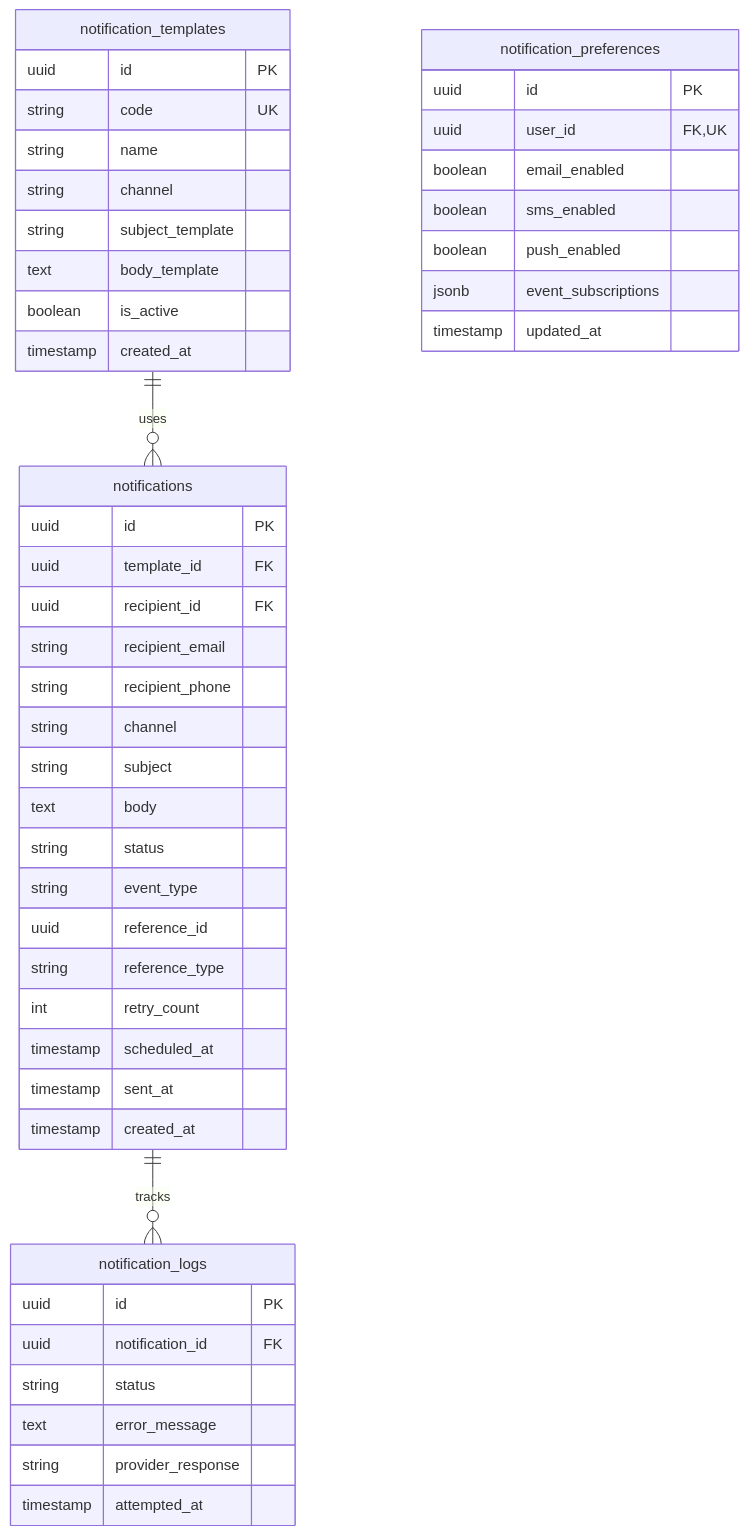
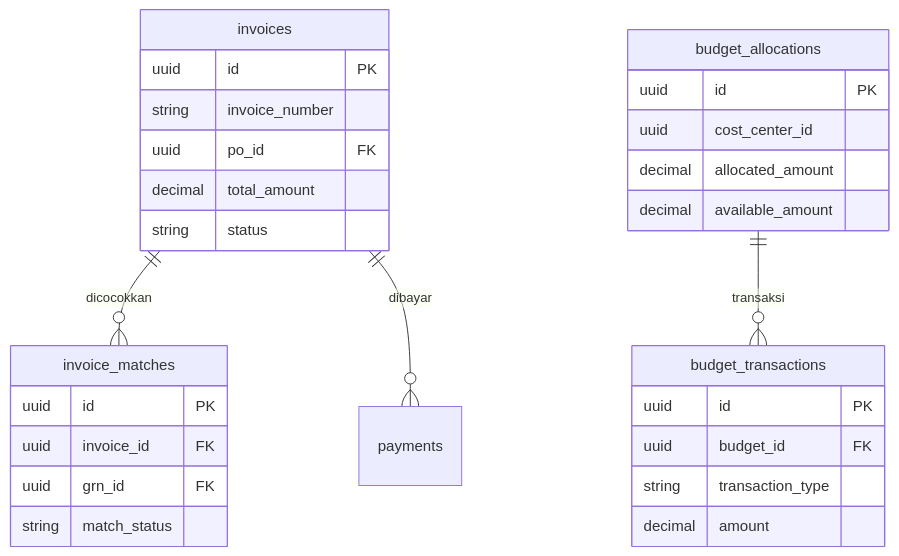
One commit to Vencore-erp/documentation changed the fifth of 5 diagrams in system_design/DATABASE_SCHEMA.md. Above: the diagram before and after it, drawn with Mermaid. The commit also changed other lines of this file, not shown here.

Commit message:
Update DATABASE_SCHEMA.md with detailed Indonesian explanations

````diff
--- a/system_design/DATABASE_SCHEMA.md
+++ b/system_design/DATABASE_SCHEMA.md
@@ -724,54 +290,32 @@
 ```mermaid
 erDiagram
-    notification_templates ||--o{ notifications : uses
-    notifications ||--o{ notification_logs : tracks
+    invoices ||--o{ invoice_matches : dicocokkan
+    invoices ||--o{ payments : dibayar
+    budget_allocations ||--o{ budget_transactions : transaksi
 
-    notification_templates {
+    invoices {
         uuid id PK
-        string code UK
-        string name
-        string channel
-        string subject_template
-        text body_template
-        boolean is_active
-        timestamp created_at
+        string invoice_number
+        uuid po_id FK
+        decimal total_amount
+        string status
     }
-
-    notifications {
+    invoice_matches {
         uuid id PK
-        uuid template_id FK
-        uuid recipient_id FK
-        string recipient_email
-        string recipient_phone
-        string channel
-        string subject
-        text body
-        string status
-        string event_type
-        uuid reference_id
-        string reference_type
-        int retry_count
-        timestamp scheduled_at
-        timestamp sent_at
-        timestamp created_at
+        uuid invoice_id FK
+        uuid grn_id FK
+        string match_status
     }
-
-    notification_logs {
+    budget_allocations {
         uuid id PK
-        uuid notification_id FK
-        string status
-        text error_message
-        string provider_response
-        timestamp attempted_at
+        uuid cost_center_id
+        decimal allocated_amount
+        decimal available_amount
     }
-
-    notification_preferences {
+    budget_transactions {
         uuid id PK
-        uuid user_id FK,UK
-        boolean email_enabled
-        boolean sms_enabled
-        boolean push_enabled
-        jsonb event_subscriptions
-        timestamp updated_at
+        uuid budget_id FK
+        string transaction_type
+        decimal amount
     }
 ```
````
